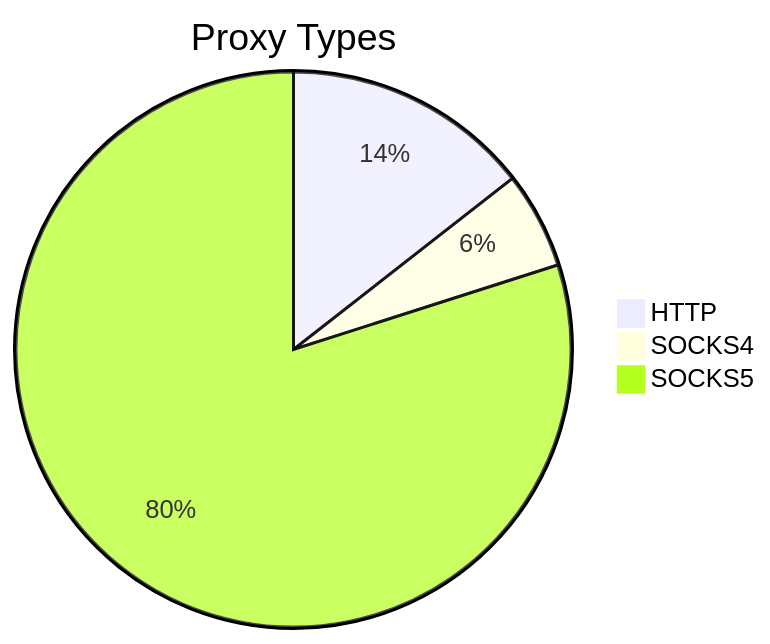
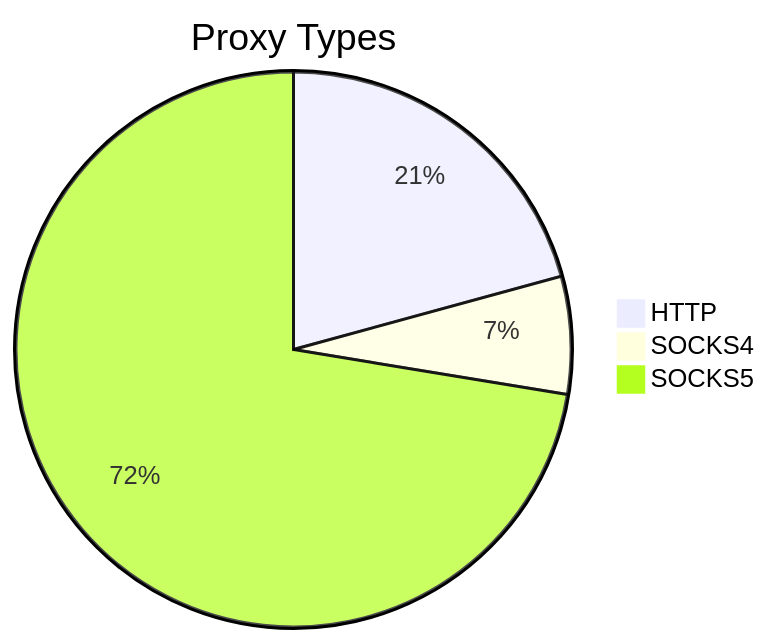
One commit to stormsia/proxy-list changed the first of 2 diagrams in README.md. Above: the diagram before and after it, drawn with Mermaid. The commit also changed other lines of this file, not shown here.

````diff
--- a/README.md
+++ b/README.md
@@ -21,6 +21,6 @@
 ```mermaid
 pie title Proxy Types
-    "HTTP" : 118
-    "SOCKS4" : 46
-    "SOCKS5" : 653
+    "HTTP" : 100
+    "SOCKS4" : 33
+    "SOCKS5" : 349
 ```
````
